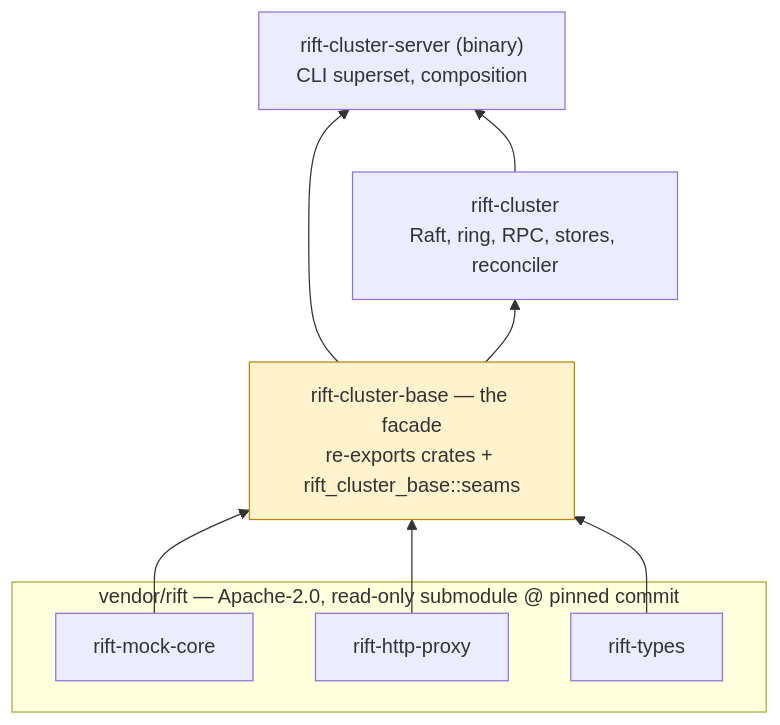
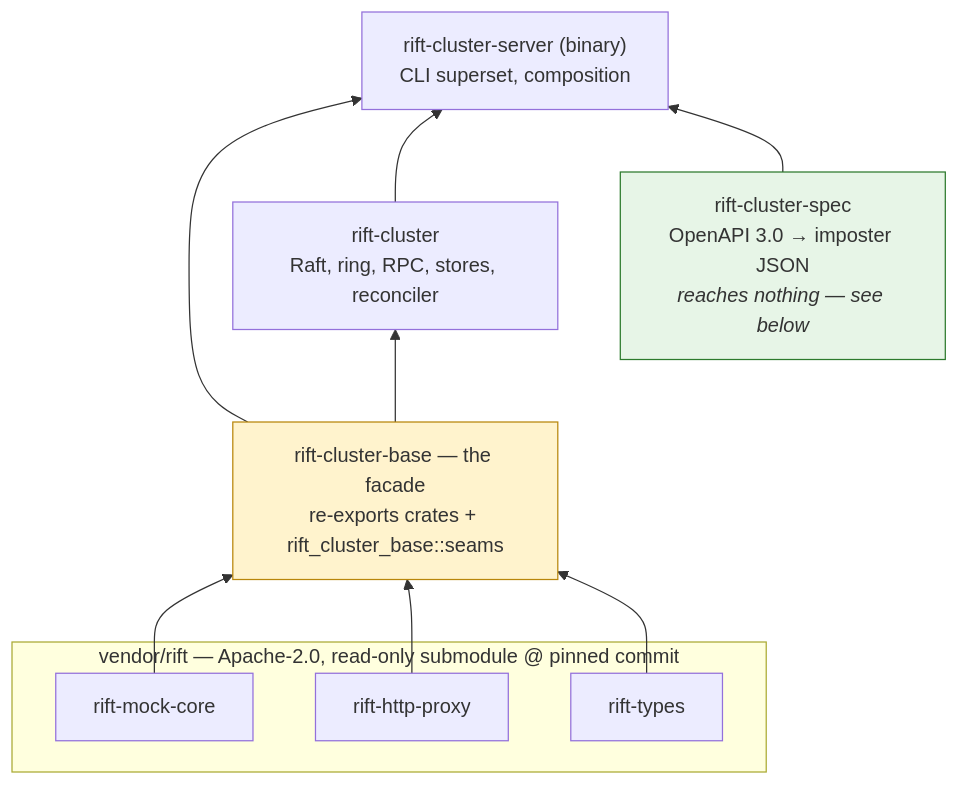
One commit to achird-labs/rift-cluster changed the diagram in docs/architecture/11-open-core.md. Above: the diagram before and after it, drawn with Mermaid. The commit also changed other lines of this file and 22 other files, not shown here.

````diff
--- a/docs/architecture/11-open-core.md
+++ b/docs/architecture/11-open-core.md
@@ -40,20 +40,23 @@
 ```mermaid
 flowchart BT
     subgraph vendored["vendor/rift — Apache-2.0, read-only submodule @ pinned commit"]
         MC[rift-mock-core]
         HP[rift-http-proxy]
         TY[rift-types]
     end
     EE["rift-cluster-base — the facade<br/>re-exports crates + rift_cluster_base::seams"]
     CL["rift-cluster<br/>Raft, ring, RPC, stores, reconciler"]
     SV["rift-cluster-server (binary)<br/>CLI superset, composition"]
+    SP["rift-cluster-spec<br/>OpenAPI 3.0 → imposter JSON<br/><i>reaches nothing — see below</i>"]
 
     MC --> EE
     HP --> EE
     TY --> EE
     EE --> CL
     EE --> SV
     CL --> SV
+    SP --> SV
 
     style EE fill:#fff3cd,stroke:#b8860b
+    style SP fill:#e7f5e7,stroke:#2d7a2d
 ```
````
